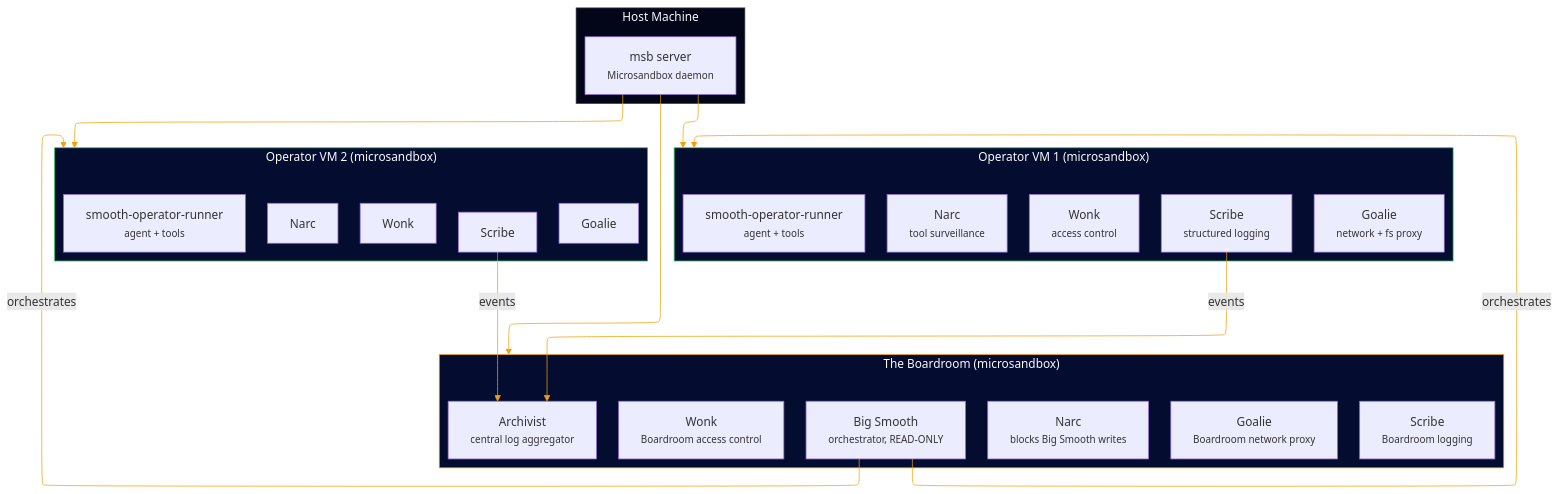
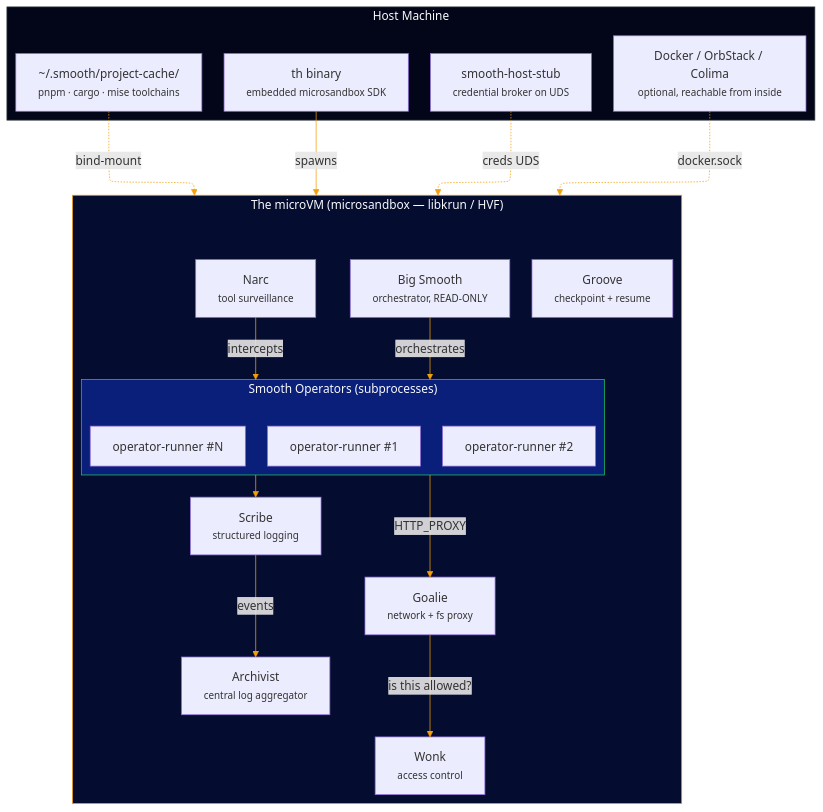
Before and after one commit to SmooAI/smooth: the second of 5 diagrams in README.md, drawn with Mermaid. The commit also changed other lines of this file and 17 other files, not shown here.

First line of the commit message:
docs: README — two-mode architecture, single-microVM topology

````diff
--- a/README.md
+++ b/README.md
@@ -167,42 +188,41 @@
 ```mermaid
 %%{init: {"flowchart": {"defaultRenderer": "elk"}, "themeVariables": {"lineColor": "#f49f0a"}}}%%
 graph TB
     subgraph Host["Host Machine"]
-        MSB["msb server<br/><small>Microsandbox daemon</small>"]
+        TH["th binary<br/><small>embedded microsandbox SDK</small>"]
+        HS["smooth-host-stub<br/><small>credential broker on UDS</small>"]
+        DOCK["Docker / OrbStack / Colima<br/><small>optional, reachable from inside</small>"]
+        CACHE["~/.smooth/project-cache/<br/><small>pnpm · cargo · mise toolchains</small>"]
     end
 
-    subgraph Boardroom["The Boardroom (microsandbox)"]
+    subgraph VM["The microVM (microsandbox — libkrun / HVF)"]
         BS["Big Smooth<br/><small>orchestrator, READ-ONLY</small>"]
         AR["Archivist<br/><small>central log aggregator</small>"]
-        BW["Wonk<br/><small>Boardroom access control</small>"]
-        BG["Goalie<br/><small>Boardroom network proxy</small>"]
-        BN["Narc<br/><small>blocks Big Smooth writes</small>"]
-        BSc["Scribe<br/><small>Boardroom logging</small>"]
+        W["Wonk<br/><small>access control</small>"]
+        G["Goalie<br/><small>network + fs proxy</small>"]
+        N["Narc<br/><small>tool surveillance</small>"]
+        SC["Scribe<br/><small>structured logging</small>"]
+        GR["Groove<br/><small>checkpoint + resume</small>"]
+
+        subgraph Ops["Smooth Operators (subprocesses)"]
+            OP1["operator-runner #1"]
+            OP2["operator-runner #2"]
+            OP3["operator-runner #N"]
+        end
     end
 
-    subgraph Op1["Operator VM 1 (microsandbox)"]
-        OC1["smooth-operator-runner<br/><small>agent + tools</small>"]
-        W1["Wonk<br/><small>access control</small>"]
-        G1["Goalie<br/><small>network + fs proxy</small>"]
-        N1["Narc<br/><small>tool surveillance</small>"]
-        S1["Scribe<br/><small>structured logging</small>"]
-    end
-
-    subgraph Op2["Operator VM 2 (microsandbox)"]
-        OC2["smooth-operator-runner<br/><small>agent + tools</small>"]
-        W2["Wonk"] & G2["Goalie"] & N2["Narc"] & S2["Scribe"]
-    end
-
-    MSB --> Boardroom
-    MSB --> Op1
-    MSB --> Op2
-    BS -->|orchestrates| Op1
-    BS -->|orchestrates| Op2
-    S1 -->|events| AR
-    S2 -->|events| AR
+    TH -->|spawns| VM
+    HS -.->|creds UDS| VM
+    DOCK -.->|docker.sock| VM
+    CACHE -.->|bind-mount| VM
+    BS -->|orchestrates| Ops
+    Ops -->|HTTP_PROXY| G
+    G -->|"is this allowed?"| W
+    N -->|intercepts| Ops
+    Ops --> SC
+    SC -->|events| AR
 
     style Host fill:#020618,stroke:#30363d,color:#f8fafc
-    style Boardroom fill:#040d30,stroke:#f49f0a,color:#f8fafc
-    style Op1 fill:#040d30,stroke:#22c55e,color:#f8fafc
-    style Op2 fill:#040d30,stroke:#22c55e,color:#f8fafc
+    style VM fill:#040d30,stroke:#f49f0a,color:#f8fafc
+    style Ops fill:#0a1f7a,stroke:#22c55e,color:#f8fafc
 ```
````
